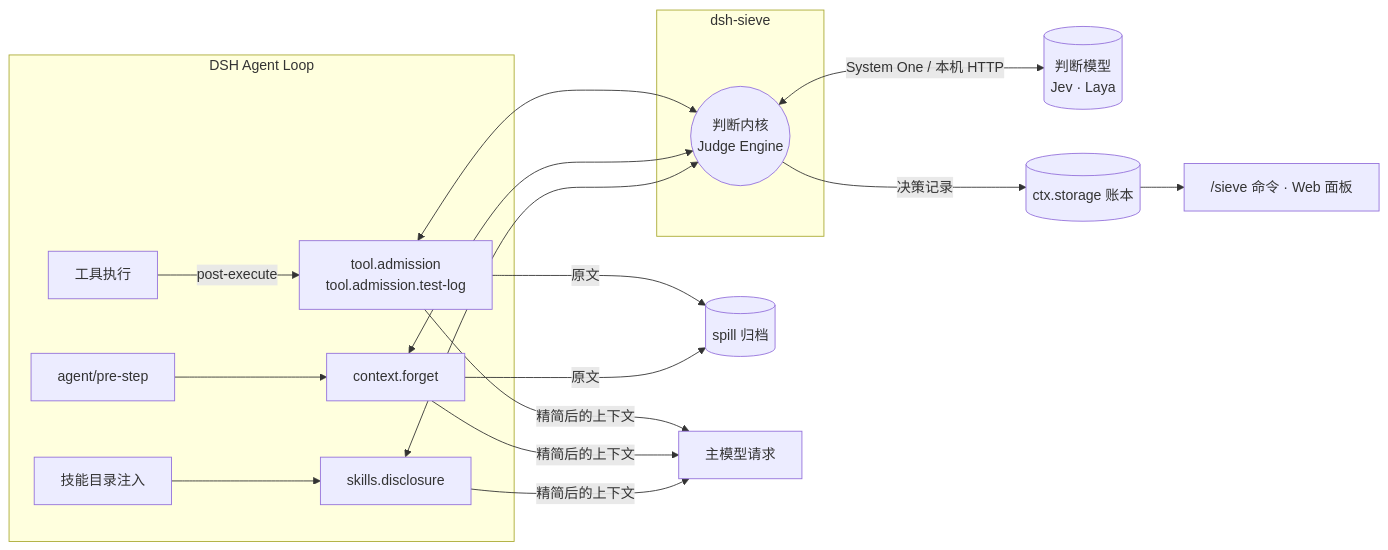
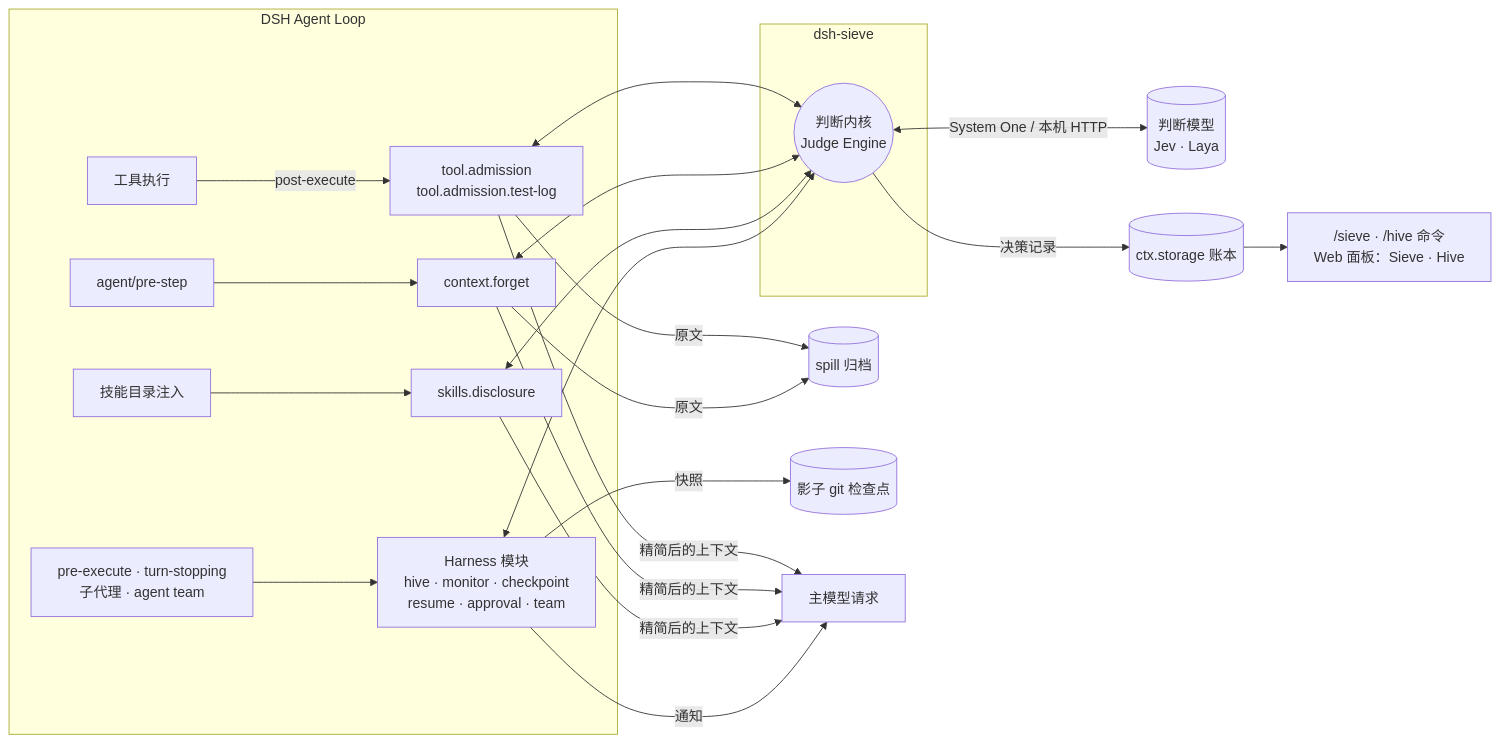
Before and after one commit to Sev7eEn7/dsh-sieve: the first of 2 diagrams in README.zh-CN.md, drawn with Mermaid. The commit also changed other lines of this file and 2 other files, not shown here.

Commit message:
重写 README：记录 Harness 模块更新，加入演示 GIF 与折叠前后对比

````diff
--- a/README.zh-CN.md
+++ b/README.zh-CN.md
@@ -78,25 +164,30 @@
 ```mermaid
 flowchart LR
     subgraph Loop["DSH Agent Loop"]
         T[工具执行] -->|post-execute| A
         P[agent/pre-step] --> F
         S[技能目录注入] --> D
+        X["pre-execute · turn-stopping<br/>子代理 · agent team"] --> H
     end
 
     subgraph Sieve["dsh-sieve"]
         A["tool.admission<br/>tool.admission.test-log"]
         F[context.forget]
         D[skills.disclosure]
+        H["Harness 模块<br/>hive · monitor · checkpoint<br/>resume · approval · team"]
         K(("判断内核<br/>Judge Engine"))
         A <--> K
         F <--> K
         D <--> K
+        H <--> K
     end
 
     K <-->|"System One / 本机 HTTP"| J[("判断模型<br/>Jev · Laya")]
     A & F -->|原文| SP[(spill 归档)]
+    H -->|快照| CP[(影子 git 检查点)]
     K -->|决策记录| L[(ctx.storage 账本)]
-    L --> W["/sieve 命令 · Web 面板"]
+    L --> W["/sieve · /hive 命令<br/>Web 面板：Sieve · Hive"]
 
     A & F & D -->|精简后的上下文| M[主模型请求]
+    H -->|通知| M
 ```
````
